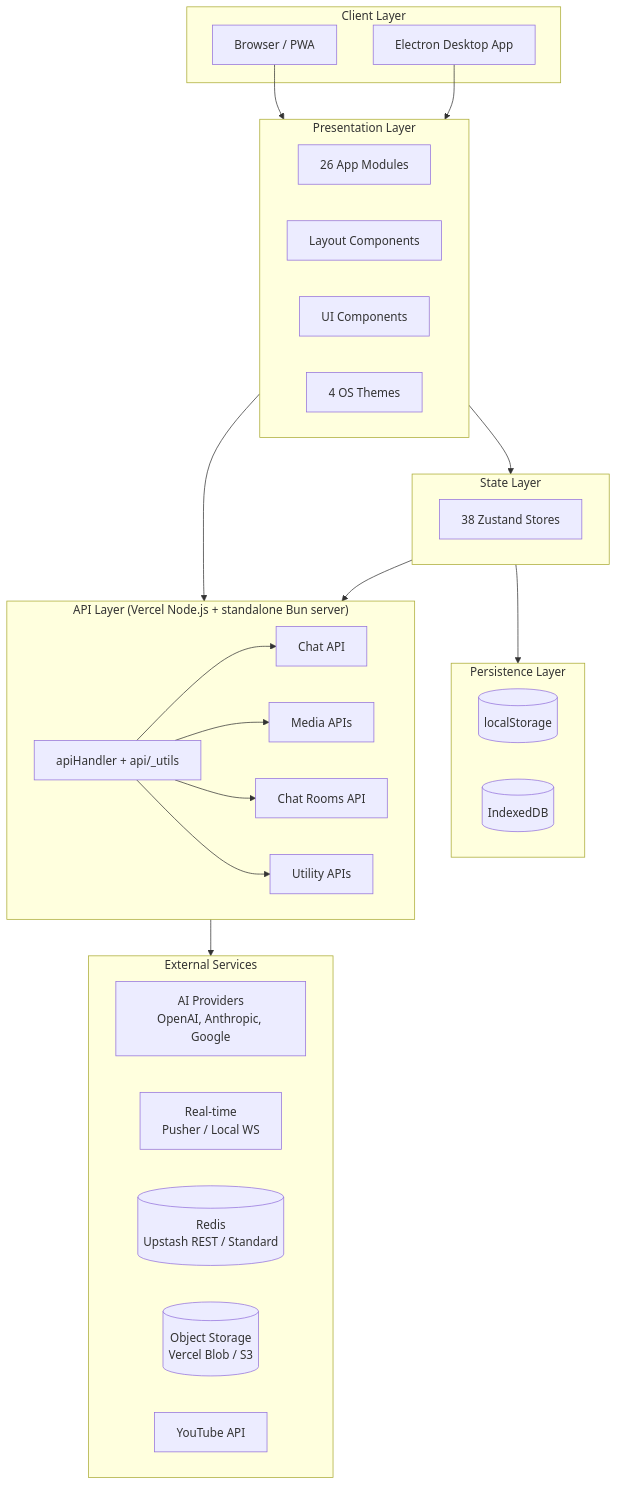
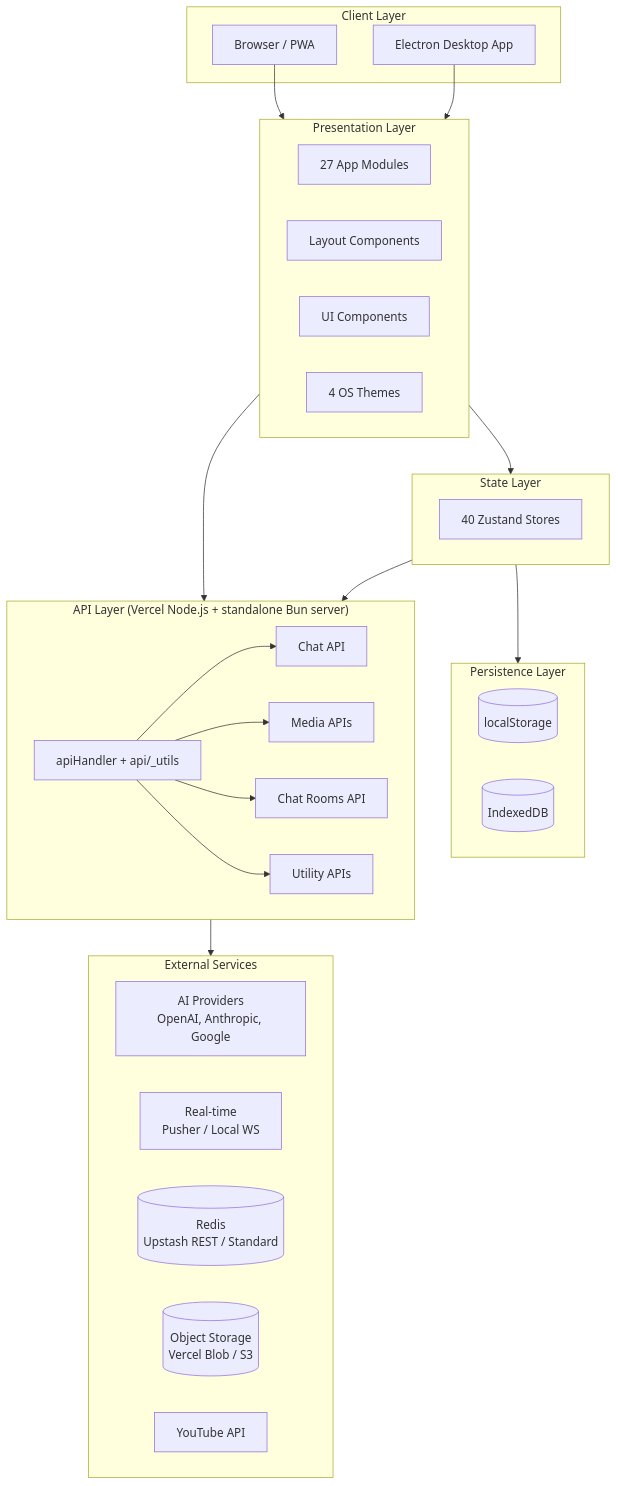
Before and after one commit to ryokun6/ryos: the first of 6 diagrams in docs/1.1-architecture.md, drawn with Mermaid. The commit also changed 66 other files, not shown here.

````diff
--- a/docs/1.1-architecture.md
+++ b/docs/1.1-architecture.md
@@ -7,51 +7,51 @@
 ```mermaid
 graph TB
     subgraph Client["Client Layer"]
         Browser[Browser / PWA]
         Desktop[Electron Desktop App]
     end
     
     subgraph Presentation["Presentation Layer"]
-        Apps[26 App Modules]
+        Apps[27 App Modules]
         Layout[Layout Components]
         UI[UI Components]
         Themes[4 OS Themes]
     end
     
     subgraph State["State Layer"]
-        Zustand[38 Zustand Stores]
+        Zustand[40 Zustand Stores]
     end
     
     subgraph Persistence["Persistence Layer"]
         LocalStorage[(localStorage)]
         IndexedDB[(IndexedDB)]
     end
     
     subgraph API["API Layer (Vercel Node.js + standalone Bun server)"]
         Shared[apiHandler + api/_utils]
         Chat[Chat API]
         Media[Media APIs]
         Rooms[Chat Rooms API]
         Utility[Utility APIs]
     end
     
     subgraph External["External Services"]
         AI[AI Providers<br/>OpenAI, Anthropic, Google]
         Realtime[Real-time<br/>Pusher / Local WS]
         Redis[(Redis<br/>Upstash REST / Standard)]
         ObjectStorage[(Object Storage<br/>Vercel Blob / S3)]
         YouTube[YouTube API]
     end
     
     Browser --> Presentation
     Desktop --> Presentation
     Presentation --> State
     State --> Persistence
     Presentation --> API
     Shared --> Chat
     Shared --> Media
     Shared --> Rooms
     Shared --> Utility
     API --> External
     State --> API
 ```
````
